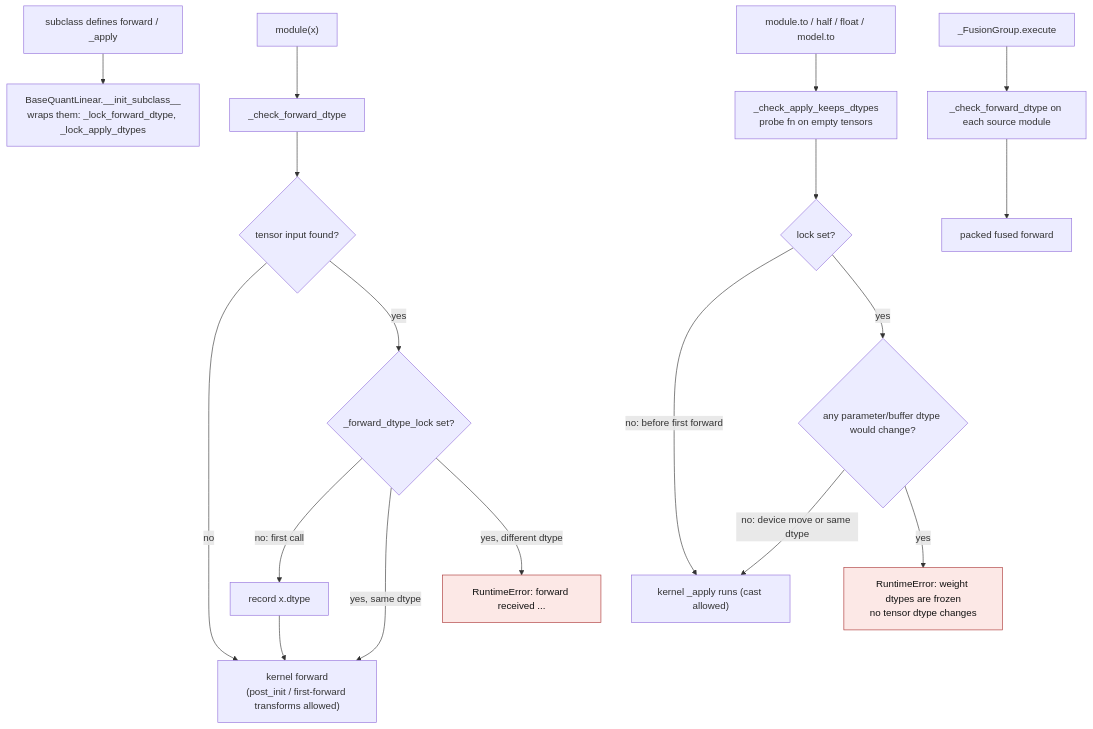
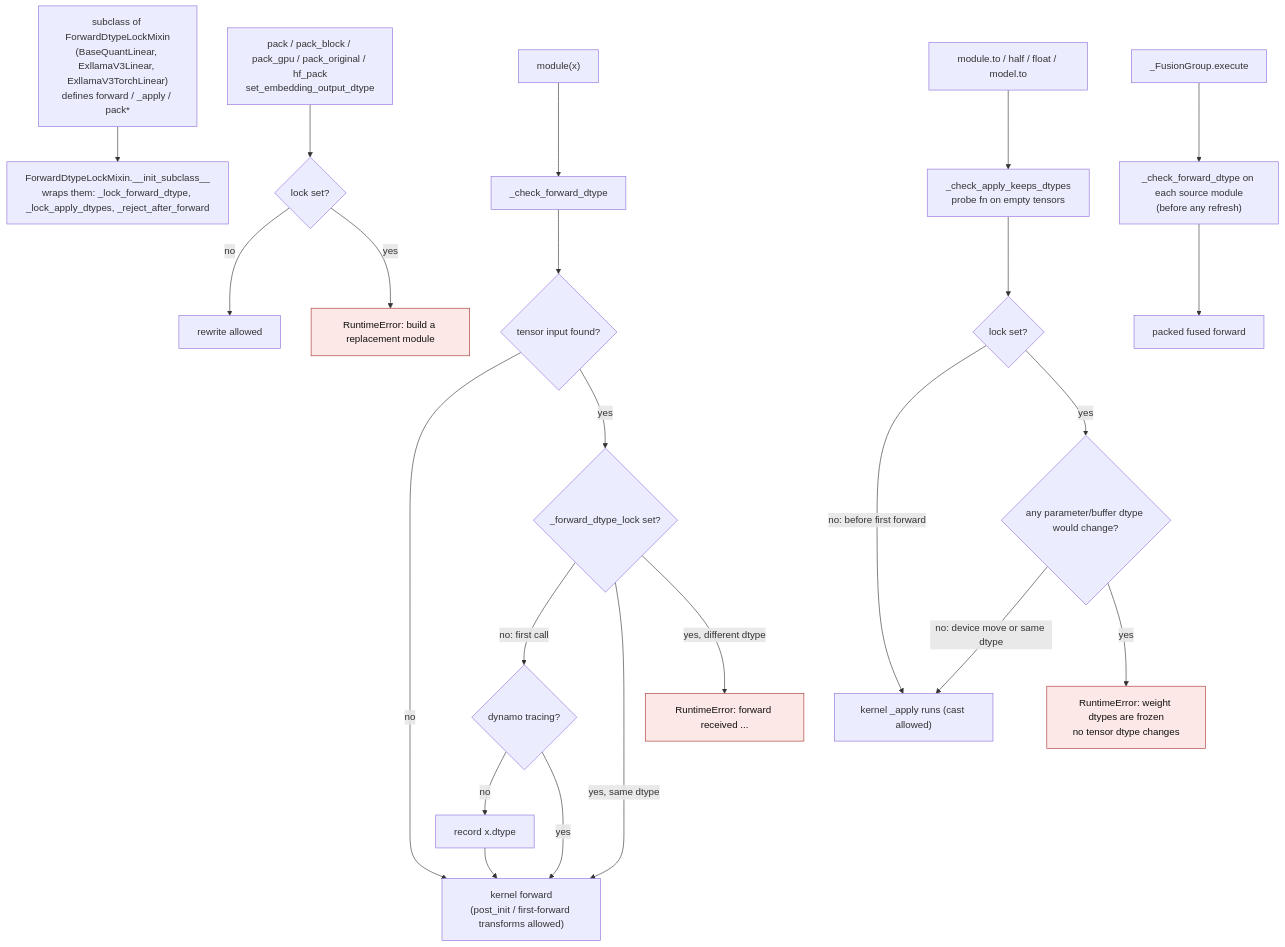
The diagram in docs/forward-dtype-lock.md (ModelCloud/GPTQModel), drawn with Mermaid before and after one commit. The commit also changed other lines of this file and 14 other files, not shown here.

````diff
--- a/docs/forward-dtype-lock.md
+++ b/docs/forward-dtype-lock.md
@@ -18,24 +18,29 @@
 ```mermaid
 flowchart TD
-    S["subclass defines forward / _apply"] --> W["BaseQuantLinear.__init_subclass__<br/>wraps them: _lock_forward_dtype, _lock_apply_dtypes"]
+    S["subclass of ForwardDtypeLockMixin<br/>(BaseQuantLinear, ExllamaV3Linear, ExllamaV3TorchLinear)<br/>defines forward / _apply / pack*"] --> W["ForwardDtypeLockMixin.__init_subclass__<br/>wraps them: _lock_forward_dtype, _lock_apply_dtypes, _reject_after_forward"]
+    PK["pack / pack_block / pack_gpu / pack_original / hf_pack<br/>set_embedding_output_dtype"] --> RN{"lock set?"}
+    RN -- "no" --> PKR["rewrite allowed"]
+    RN -- "yes" --> X3["RuntimeError: build a replacement module"]
 
     C["module(x)"] --> K["_check_forward_dtype"]
     K --> T{"tensor input found?"}
     T -- "no" --> F["kernel forward<br/>(post_init / first-forward transforms allowed)"]
     T -- "yes" --> L{"_forward_dtype_lock set?"}
-    L -- "no: first call" --> R["record x.dtype"] --> F
+    L -- "no: first call" --> TR{"dynamo tracing?"}
+    TR -- "no" --> R["record x.dtype"] --> F
+    TR -- "yes" --> F
     L -- "yes, same dtype" --> F
     L -- "yes, different dtype" --> X1["RuntimeError: forward received ..."]
 
     A["module.to / half / float / model.to"] --> G["_check_apply_keeps_dtypes<br/>probe fn on empty tensors"]
     G --> U{"lock set?"}
     U -- "no: before first forward" --> P["kernel _apply runs (cast allowed)"]
     U -- "yes" --> D{"any parameter/buffer dtype would change?"}
     D -- "no: device move or same dtype" --> P
     D -- "yes" --> X2["RuntimeError: weight dtypes are frozen<br/>no tensor dtype changes"]
 
-    FU["_FusionGroup.execute"] --> K2["_check_forward_dtype on each source module"] --> PF["packed fused forward"]
+    FU["_FusionGroup.execute"] --> K2["_check_forward_dtype on each source module<br/>(before any refresh)"] --> PF["packed fused forward"]
 
     classDef failure fill:#fce8e6,stroke:#a33,color:#111
-    class X1,X2 failure
+    class X1,X2,X3 failure
 ```
````
